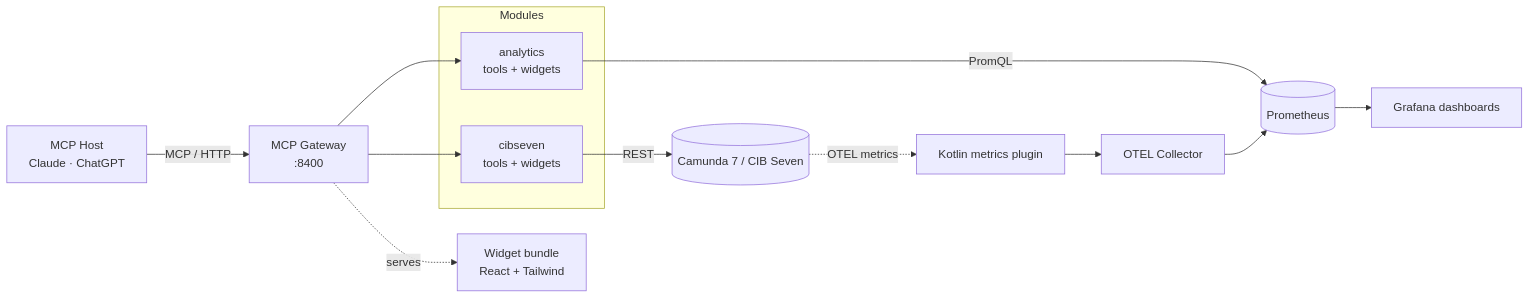
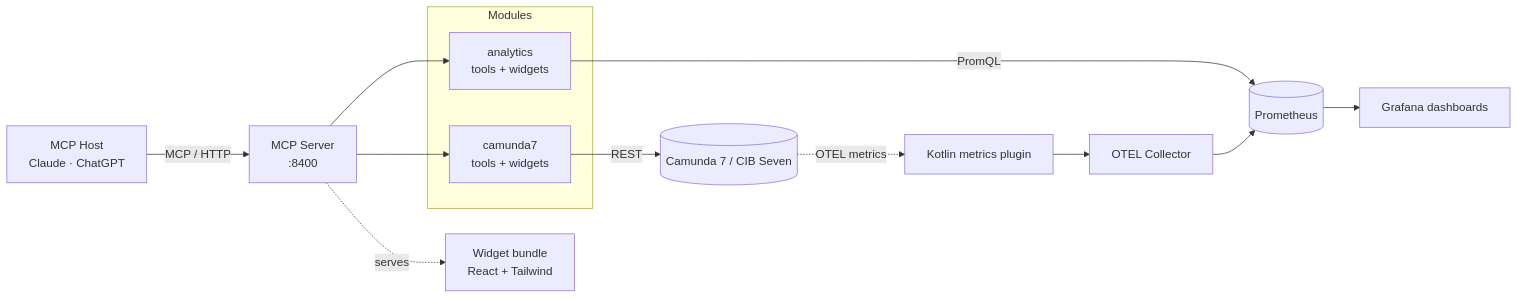
The diagram in docs/architecture.md (Miragon/miragon-ai), drawn with Mermaid before and after one commit. The commit also changed other lines of this file and 312 other files, not shown here.

````diff
--- a/docs/architecture.md
+++ b/docs/architecture.md
@@ -10,22 +10,22 @@
 ```mermaid
 flowchart LR
-  Host[MCP Host<br/>Claude · ChatGPT] -->|MCP / HTTP| Server[MCP Gateway<br/>:8400]
+  Host[MCP Host<br/>Claude · ChatGPT] -->|MCP / HTTP| Server[MCP Server<br/>:8400]
 
   subgraph Modules
-    Cibseven[cibseven<br/>tools + widgets]
+    Camunda7[camunda7<br/>tools + widgets]
     Analytics[analytics<br/>tools + widgets]
   end
 
-  Server --> Cibseven
+  Server --> Camunda7
   Server --> Analytics
 
-  Cibseven -->|REST| Engine[(Camunda 7 / CIB Seven)]
+  Camunda7 -->|REST| Engine[(Camunda 7 / CIB Seven)]
   Analytics -->|PromQL| Prom[(Prometheus)]
 
   Engine -. OTEL metrics .-> Plugin[Kotlin metrics plugin]
   Plugin --> Collector[OTEL Collector]
   Collector --> Prom
   Prom --> Grafana[Grafana dashboards]
 
   Server -. serves .-> Widgets[Widget bundle<br/>React + Tailwind]
 ```
````
